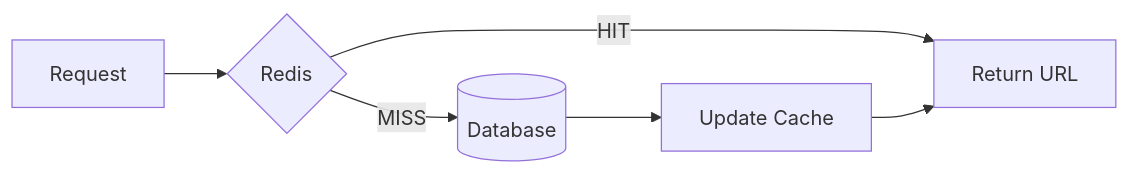
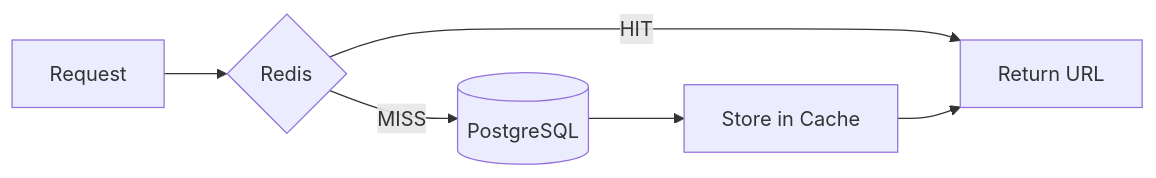
One commit to spawn08/system-design-interview changed the second of 6 diagrams in software_system_design/url_shortening.md. Above: the diagram before and after it, drawn with Mermaid. The commit also changed other lines of this file and 2 other files, not shown here.

````diff
--- a/software_system_design/url_shortening.md
+++ b/software_system_design/url_shortening.md
@@ -281,8 +603,8 @@
 ```mermaid
 flowchart LR
     Request[Request] --> Cache{Redis}
     Cache -->|HIT| Return[Return URL]
-    Cache -->|MISS| DB[(Database)]
-    DB --> Update[Update Cache]
-    Update --> Return
+    Cache -->|MISS| DB[(PostgreSQL)]
+    DB --> Store[Store in Cache]
+    Store --> Return
 ```
````
